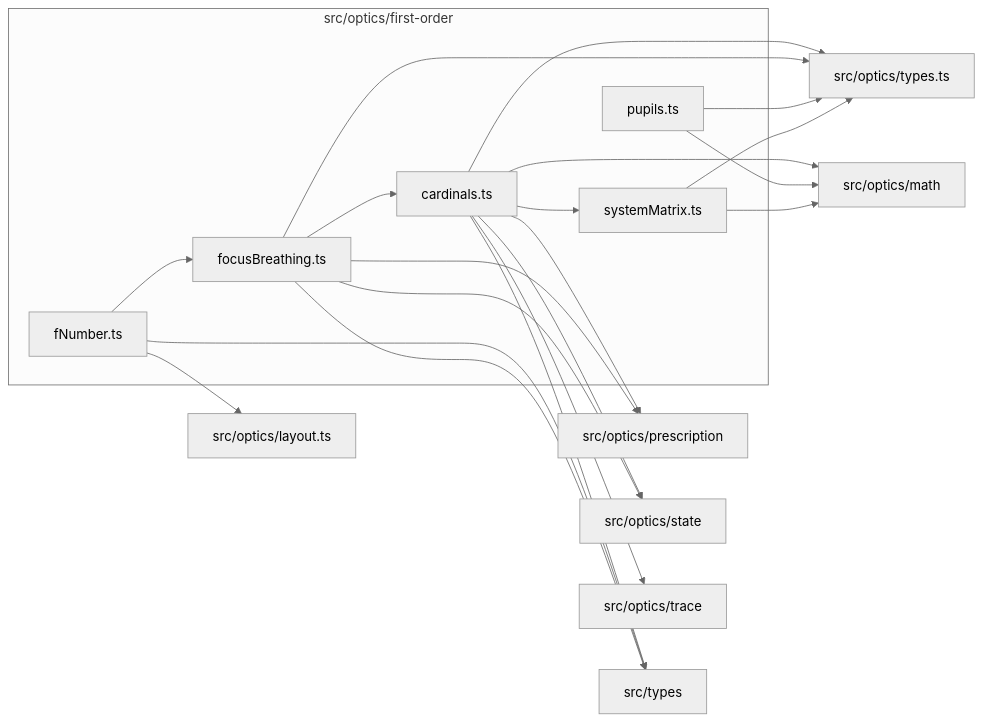
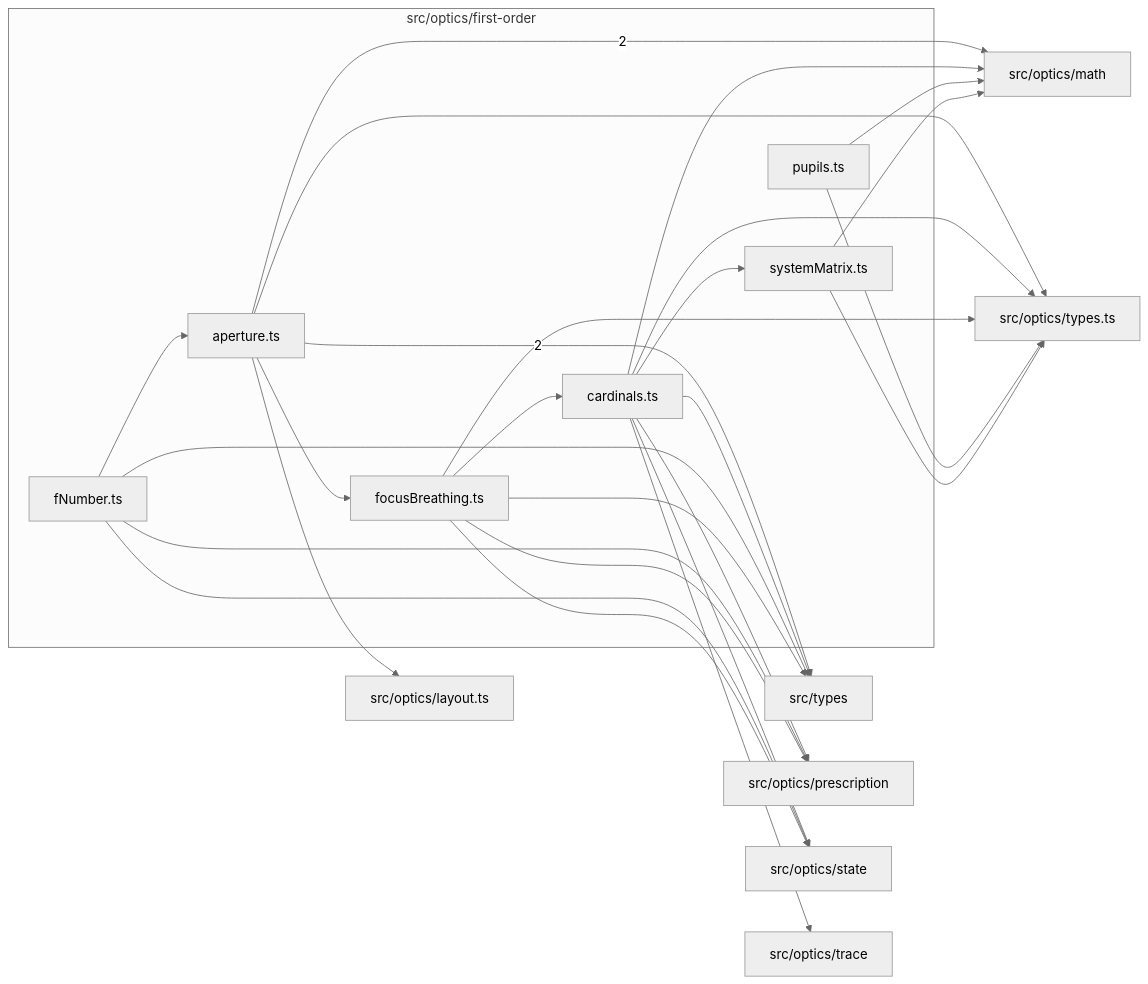
The diagram in src/optics/first-order/readme.md (ronbuening/LensVisualizer), drawn with Mermaid (neutral theme) before and after one commit. The commit also changed other lines of this file and 30 other files, not shown here.

Commit message:
fix(optics): unify aperture and working f-number calculations

````diff
--- a/src/optics/first-order/readme.md
+++ b/src/optics/first-order/readme.md
@@ -9,36 +9,43 @@
 ```mermaid
 flowchart LR
   subgraph n_src_optics_first_order["src/optics/first-order"]
+    n_src_optics_first_order_src_optics_first_order_aperture_ts["aperture.ts"]
     n_src_optics_first_order_src_optics_first_order_cardinals_ts["cardinals.ts"]
     n_src_optics_first_order_src_optics_first_order_fNumber_ts["fNumber.ts"]
     n_src_optics_first_order_src_optics_first_order_focusBreathing_ts["focusBreathing.ts"]
     n_src_optics_first_order_src_optics_first_order_pupils_ts["pupils.ts"]
     n_src_optics_first_order_src_optics_first_order_systemMatrix_ts["systemMatrix.ts"]
   end
+  n_external_src_optics_math["src/optics/math"]
+  n_external_src_types["src/types"]
   n_external_src_optics_layout_ts["src/optics/layout.ts"]
-  n_external_src_optics_math["src/optics/math"]
   n_external_src_optics_prescription["src/optics/prescription"]
   n_external_src_optics_state["src/optics/state"]
   n_external_src_optics_trace["src/optics/trace"]
   n_external_src_optics_types_ts["src/optics/types.ts"]
-  n_external_src_types["src/types"]
-  n_src_optics_first_order_src_optics_first_order_fNumber_ts --> n_external_src_optics_layout_ts
+  n_src_optics_first_order_src_optics_first_order_aperture_ts --> |2| n_external_src_optics_math
+  n_src_optics_first_order_src_optics_first_order_aperture_ts --> |2| n_external_src_types
+  n_src_optics_first_order_src_optics_first_order_aperture_ts --> n_external_src_optics_layout_ts
   n_src_optics_first_order_src_optics_first_order_cardinals_ts --> n_external_src_optics_math
   n_src_optics_first_order_src_optics_first_order_pupils_ts --> n_external_src_optics_math
   n_src_optics_first_order_src_optics_first_order_systemMatrix_ts --> n_external_src_optics_math
   n_src_optics_first_order_src_optics_first_order_cardinals_ts --> n_external_src_optics_prescription
+  n_src_optics_first_order_src_optics_first_order_fNumber_ts --> n_external_src_optics_prescription
   n_src_optics_first_order_src_optics_first_order_focusBreathing_ts --> n_external_src_optics_prescription
   n_src_optics_first_order_src_optics_first_order_cardinals_ts --> n_external_src_optics_state
+  n_src_optics_first_order_src_optics_first_order_fNumber_ts --> n_external_src_optics_state
   n_src_optics_first_order_src_optics_first_order_focusBreathing_ts --> n_external_src_optics_state
   n_src_optics_first_order_src_optics_first_order_cardinals_ts --> n_external_src_optics_trace
+  n_src_optics_first_order_src_optics_first_order_aperture_ts --> n_external_src_optics_types_ts
   n_src_optics_first_order_src_optics_first_order_cardinals_ts --> n_external_src_optics_types_ts
   n_src_optics_first_order_src_optics_first_order_focusBreathing_ts --> n_external_src_optics_types_ts
   n_src_optics_first_order_src_optics_first_order_pupils_ts --> n_external_src_optics_types_ts
   n_src_optics_first_order_src_optics_first_order_systemMatrix_ts --> n_external_src_optics_types_ts
   n_src_optics_first_order_src_optics_first_order_cardinals_ts --> n_external_src_types
   n_src_optics_first_order_src_optics_first_order_fNumber_ts --> n_external_src_types
   n_src_optics_first_order_src_optics_first_order_focusBreathing_ts --> n_external_src_types
+  n_src_optics_first_order_src_optics_first_order_fNumber_ts --> n_src_optics_first_order_src_optics_first_order_aperture_ts
   n_src_optics_first_order_src_optics_first_order_focusBreathing_ts --> n_src_optics_first_order_src_optics_first_order_cardinals_ts
-  n_src_optics_first_order_src_optics_first_order_fNumber_ts --> n_src_optics_first_order_src_optics_first_order_focusBreathing_ts
+  n_src_optics_first_order_src_optics_first_order_aperture_ts --> n_src_optics_first_order_src_optics_first_order_focusBreathing_ts
   n_src_optics_first_order_src_optics_first_order_cardinals_ts --> n_src_optics_first_order_src_optics_first_order_systemMatrix_ts
 ```
````
